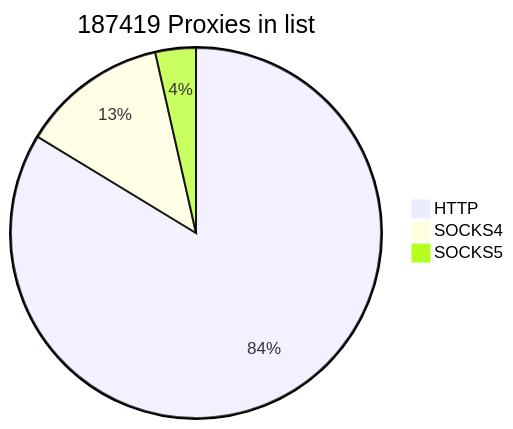
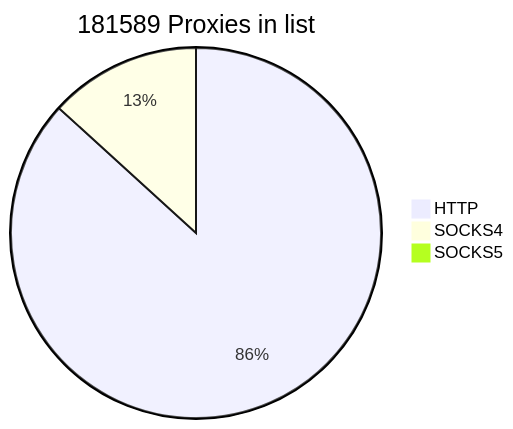
The first of 2 diagrams in README.md (cutipu/proxylist), drawn with Mermaid before and after one commit. The commit also changed other lines of this file, not shown here.

````diff
--- a/README.md
+++ b/README.md
@@ -2,7 +2,7 @@
 ```mermaid
-pie title 187419 Proxies in list
-    "HTTP" : 156845
+pie title 181589 Proxies in list
+    "HTTP" : 156848
     "SOCKS4" : 23940
-    "SOCKS5" : 6634
+    "SOCKS5" : 801
             
 ```
````
